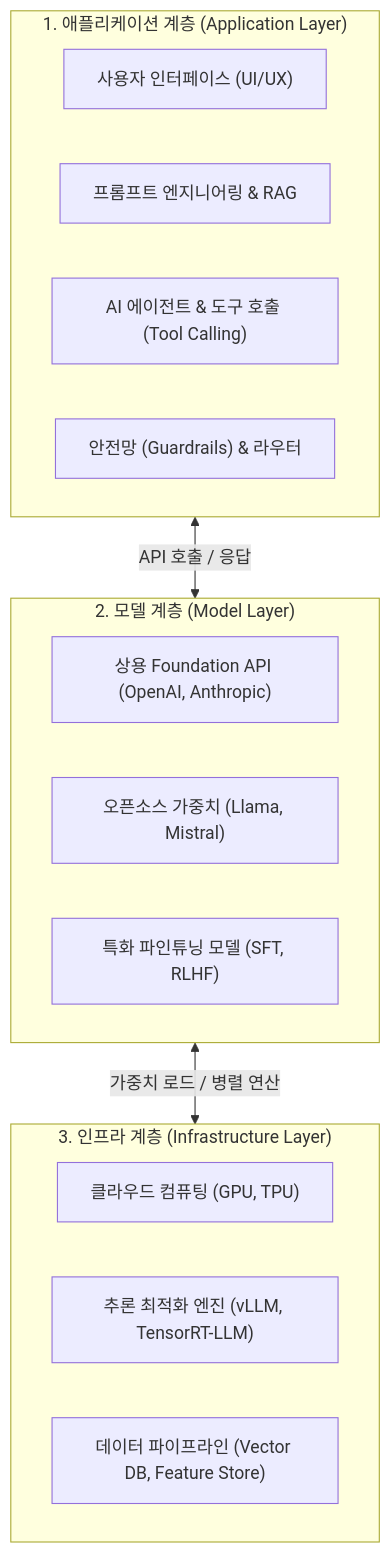
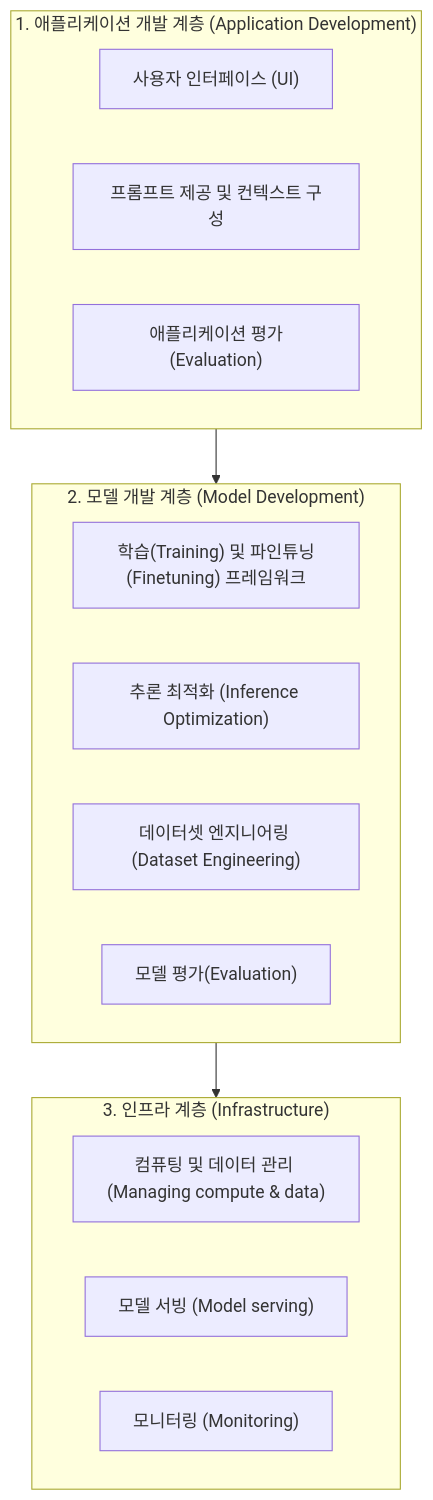
One commit to sing-u8/AI-Engineering changed the diagram in chapter-qa/ch01-introduction-to-ai-engineering-qa/02-the-three-layer-ai-stack.md. Above: the diagram before and after it, drawn with Mermaid. The commit also changed other lines of this file and 15 other files, not shown here.

````diff
--- a/chapter-qa/ch01-introduction-to-ai-engineering-qa/02-the-three-layer-ai-stack.md
+++ b/chapter-qa/ch01-introduction-to-ai-engineering-qa/02-the-three-layer-ai-stack.md
@@ -19,24 +19,24 @@
 ```mermaid
 flowchart TD
-    subgraph Layer1 ["1. 애플리케이션 계층 (Application Layer)"]
-        A["사용자 인터페이스 (UI/UX)"]
-        B["프롬프트 엔지니어링 & RAG"]
-        C["AI 에이전트 & 도구 호출 (Tool Calling)"]
-        D["안전망 (Guardrails) & 라우터"]
+    subgraph Layer1 ["1. 애플리케이션 개발 계층 (Application Development)"]
+        A["사용자 인터페이스 (UI)"]
+        B["프롬프트 제공 및 컨텍스트 구성"]
+        C["애플리케이션 평가(Evaluation)"]
     end
     
-    subgraph Layer2 ["2. 모델 계층 (Model Layer)"]
-        E["상용 Foundation API (OpenAI, Anthropic)"]
-        F["오픈소스 가중치 (Llama, Mistral)"]
-        G["특화 파인튜닝 모델 (SFT, RLHF)"]
+    subgraph Layer2 ["2. 모델 개발 계층 (Model Development)"]
+        E["학습(Training) 및 파인튜닝(Finetuning) 프레임워크"]
+        F["추론 최적화 (Inference Optimization)"]
+        G["데이터셋 엔지니어링 (Dataset Engineering)"]
+        H["모델 평가(Evaluation)"]
     end
     
-    subgraph Layer3 ["3. 인프라 계층 (Infrastructure Layer)"]
-        H["클라우드 컴퓨팅 (GPU, TPU)"]
-        I["추론 최적화 엔진 (vLLM, TensorRT-LLM)"]
-        J["데이터 파이프라인 (Vector DB, Feature Store)"]
+    subgraph Layer3 ["3. 인프라 계층 (Infrastructure)"]
+        I["컴퓨팅 및 데이터 관리 (Managing compute & data)"]
+        J["모델 서빙 (Model serving)"]
+        K["모니터링 (Monitoring)"]
     end
 
-    Layer1 <-->|API 호출 / 응답| Layer2
-    Layer2 <-->|가중치 로드 / 병렬 연산| Layer3
+    Layer1 --> Layer2
+    Layer2 --> Layer3
 ```
````
